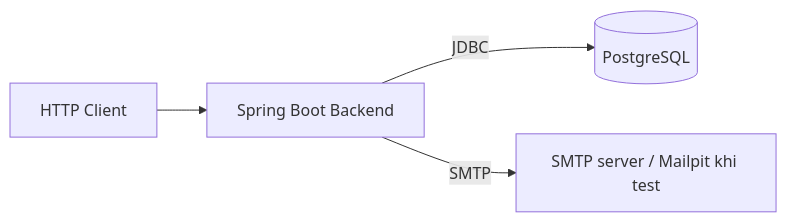
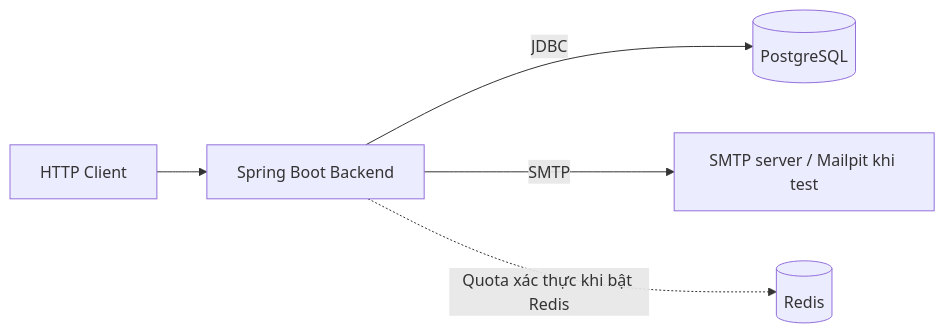
Before and after one commit to Akapi895/BusBooking: the eighth of 8 diagrams in docs/03-system-architecture.md, drawn with Mermaid. The commit also changed other lines of this file and 5 other files, not shown here.

````diff
--- a/docs/03-system-architecture.md
+++ b/docs/03-system-architecture.md
@@ -282,6 +282,7 @@
 ```mermaid
 flowchart LR
     C["HTTP Client"] --> APP["Spring Boot Backend"]
     APP -->|JDBC| PG[(PostgreSQL)]
     APP -->|SMTP| SMTP["SMTP server / Mailpit khi test"]
+    APP -.->|Quota xác thực khi bật Redis| CACHE[(Redis)]
 ```
````
